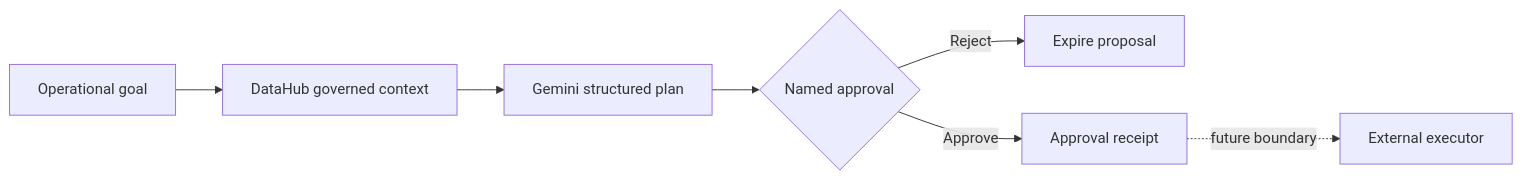
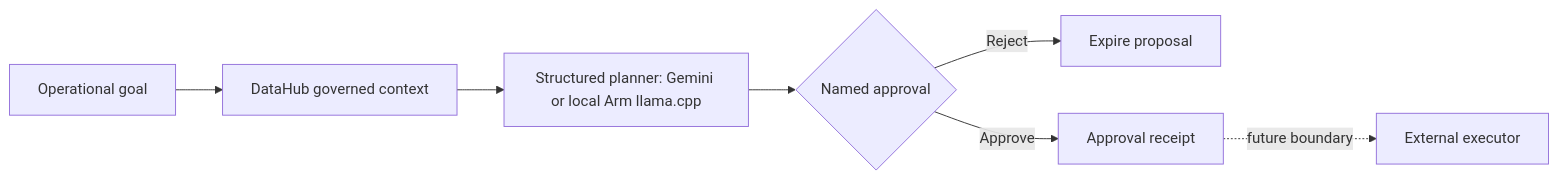
The diagram in README.md (Layerrail/cloud-steward), drawn with Mermaid before and after one commit. The commit also changed 1 other file, not shown here.

Commit message:
docs: describe local Arm planner status

````diff
--- a/README.md
+++ b/README.md
@@ -60,9 +60,9 @@
 ```mermaid
 graph LR
     A[Operational goal] --> B[DataHub governed context]
-    B --> C[Gemini structured plan]
+  B --> C[Structured planner: Gemini or local Arm llama.cpp]
     C --> D{Named approval}
     D -->|Reject| E[Expire proposal]
     D -->|Approve| F[Approval receipt]
     F -. future boundary .-> G[External executor]
 ```
````
